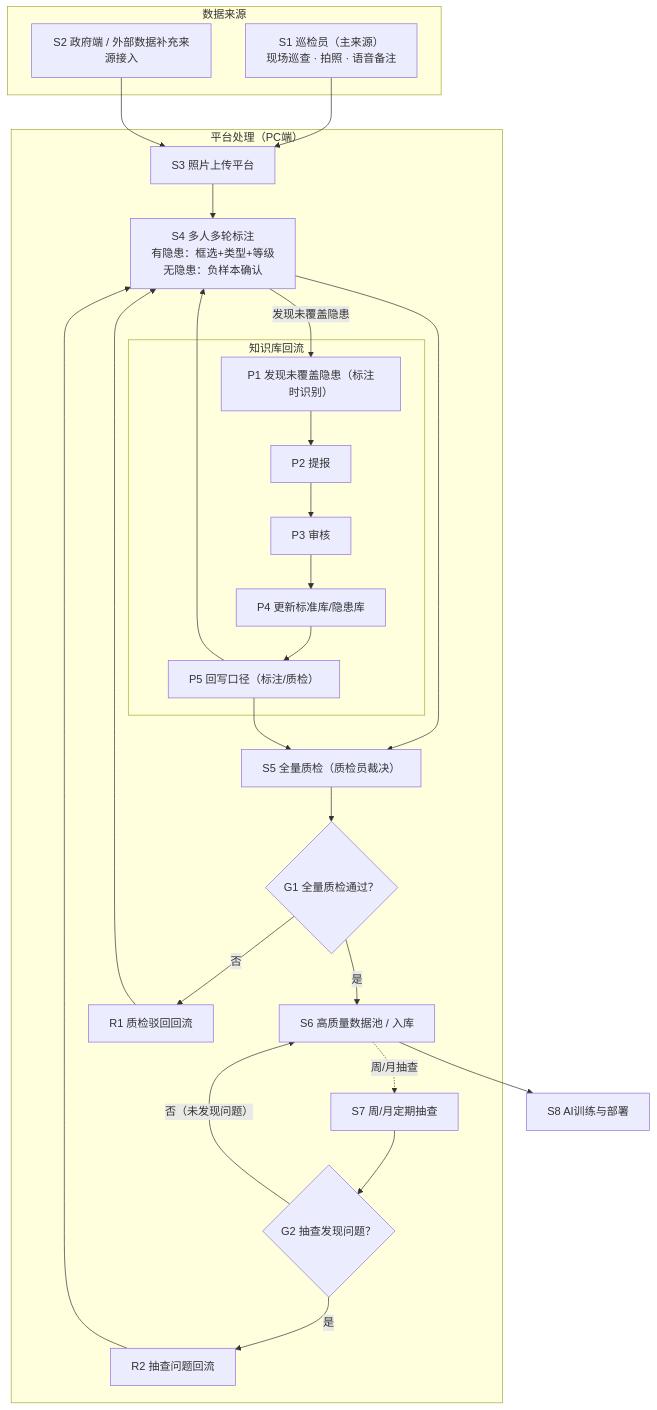
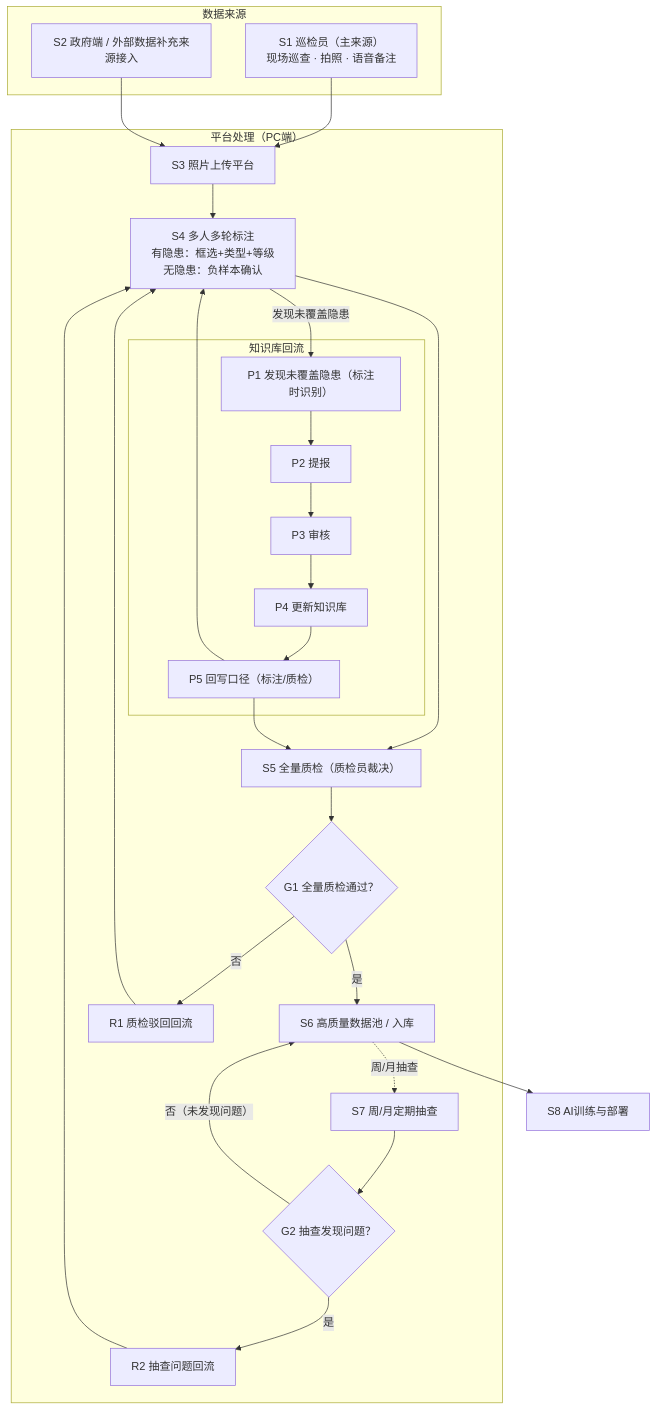
Before and after one commit to zhudan930612/Data-governance: the diagram in 数据治理平台-Mermaid.mmd, drawn with Mermaid. The commit also changed 2 other files, not shown here.

```diff
--- a/数据治理平台-Mermaid.mmd
+++ b/数据治理平台-Mermaid.mmd
@@ -1,39 +1,39 @@
 %%{init: {'theme':'mc'}}%%
 flowchart TD
     subgraph SRC ["数据来源"]
         A1["S1 巡检员（主来源）<br/>现场巡查 · 拍照 · 语音备注"]
         A2["S2 政府端 / 外部数据补充来源接入"]
     end
 
     A1 --> B["S3 照片上传平台"]
     A2 --> B
 
     subgraph PLT ["平台处理（PC端）"]
         B --> E["S4 多人多轮标注<br/>有隐患：框选+类型+等级<br/>无隐患：负样本确认"]
         E --> G["S5 全量质检（质检员裁决）"]
         G --> G1{"G1 全量质检通过？"}
         G1 -->|"是"| H["S6 高质量数据池 / 入库"]
         G1 -->|"否"| R1["R1 质检驳回回流"]
         R1 --> E
 
         H -.->|"周/月抽查"| S7["S7 周/月定期抽查"]
         S7 --> G2{"G2 抽查发现问题？"}
         G2 -->|"是"| R2["R2 抽查问题回流"]
         G2 -->|"否（未发现问题）"| H
         R2 --> E
 
         subgraph LOOP ["知识库回流"]
             U["P1 发现未覆盖隐患（标注时识别）"]
             U --> V["P2 提报"]
             V --> W["P3 审核"]
-            W --> X["P4 更新标准库/隐患库"]
+            W --> X["P4 更新知识库"]
             X --> Y["P5 回写口径（标注/质检）"]
         end
 
         E -->|"发现未覆盖隐患"| U
         Y --> E
         Y --> G
     end
 
 
     H --> M["S8 AI训练与部署"]
```
